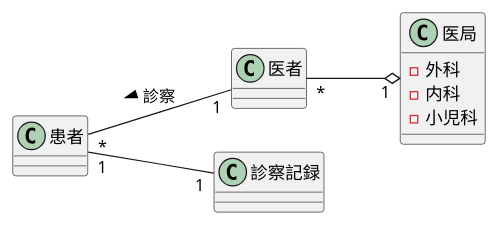
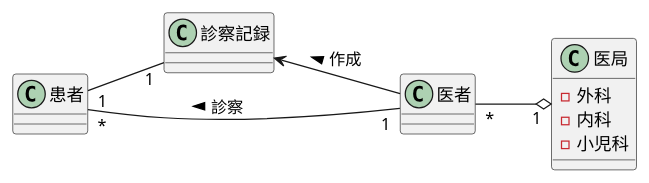
One commit to Raiki215/uml-introduction changed the diagram in 演習3-2_CL_医師と患者と医局と診療記録.pu. Above: the diagram before and after it, drawn with PlantUML.

Commit message:
演習3-2やり直し2

```diff
--- a/演習3-2_CL_医師と患者と医局と診療記録.pu
+++ b/演習3-2_CL_医師と患者と医局と診療記録.pu
@@ -1,18 +1,19 @@
 @startuml 演習３－２
 left to right direction
 class 医者{
 }
 class 患者{
 }
 class 医局{
     -外科
     -内科
     -小児科
 }
 class 診察記録{
 
 }
 患者"*" -- "1"医者 : 診察 <
 医者"*" --o "1"医局
 患者"1" -- "1"診察記録 
+医者 -up-> 診察記録 : 作成 >
 @enduml
```
